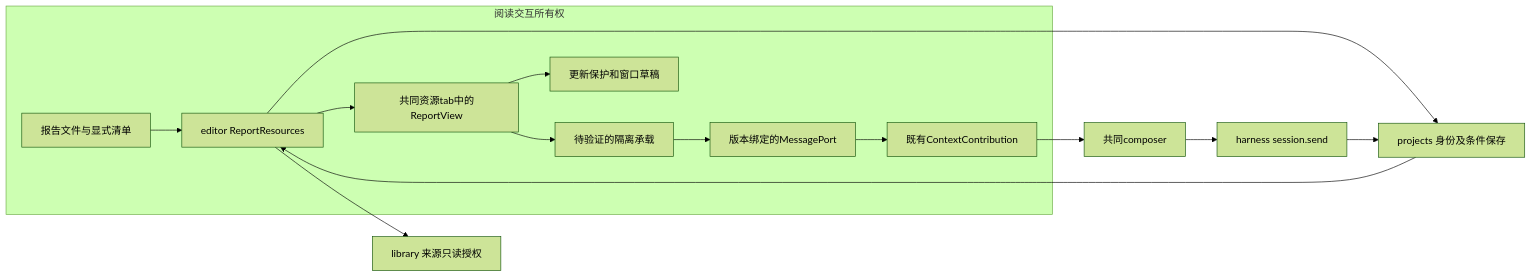
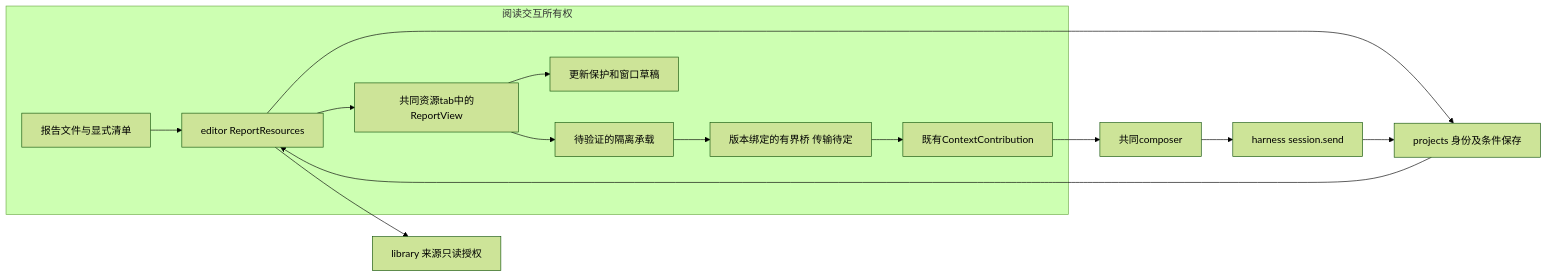
The first of 3 diagrams in openspec/changes/add-interactive-research-reports/design.md (leike0813/Scholoom), drawn with Mermaid (forest theme) before and after one commit. The commit also changed other lines of this file and 3 other files, not shown here.

````diff
--- a/openspec/changes/add-interactive-research-reports/design.md
+++ b/openspec/changes/add-interactive-research-reports/design.md
@@ -7,17 +7,17 @@
 ```mermaid
 flowchart LR
   subgraph RI[阅读交互所有权]
     F[报告文件与显式清单] --> R[editor ReportResources]
     R --> V[共同资源tab中的ReportView]
     V --> I[待验证的隔离承载]
-    I --> B[版本绑定的MessagePort]
+    I --> B[版本绑定的有界桥 传输待定]
     B --> C[既有ContextContribution]
     V --> U[更新保护和窗口草稿]
   end
   R --> P[projects 身份及条件保存]
   R --> L[library 来源只读授权]
   C --> CO[共同composer]
   CO --> H[harness session.send]
   H --> P
   P --> R
 ```
````
